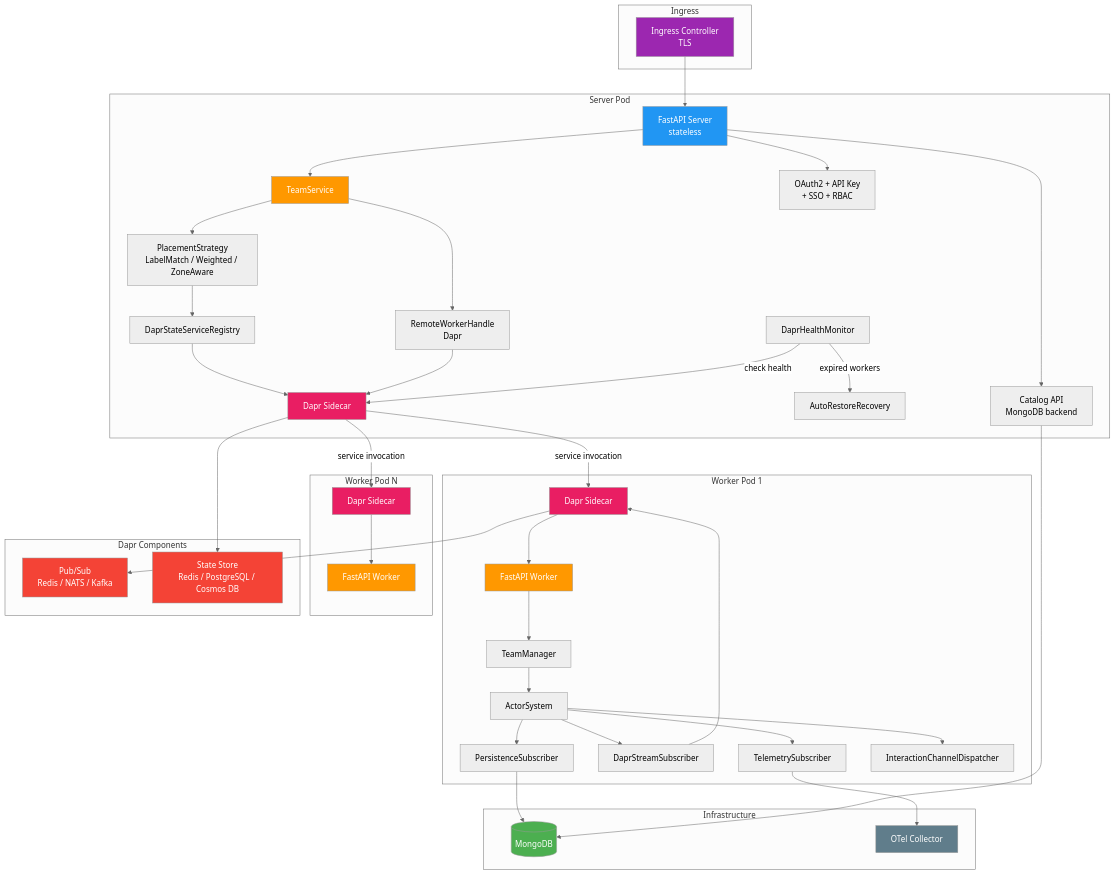
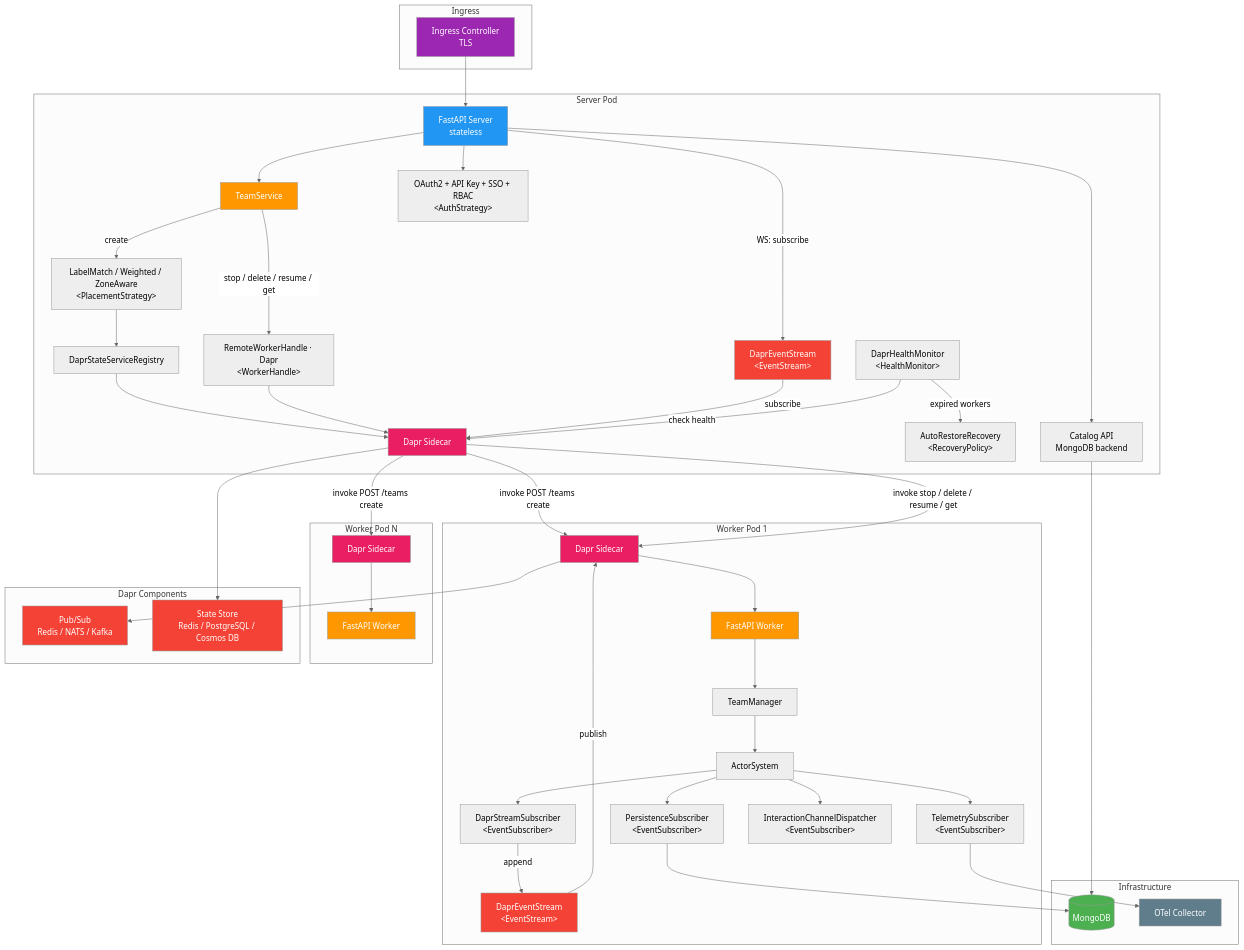
Before and after one commit to b12consulting/akgentic: the third of 3 diagrams in README.md, drawn with Mermaid (neutral theme). The commit also changed other lines of this file and 3 other files, not shown here.

```diff
--- a/README.md
+++ b/README.md
@@ -157,13 +184,14 @@
     subgraph "Server Pod"
         SRV[FastAPI Server<br/>stateless]
         SVC_E[TeamService]
-        AUTH[OAuth2 + API Key<br/>+ SSO + RBAC]
+        AUTH["OAuth2 + API Key + SSO + RBAC<br/>&lt;AuthStrategy&gt;"]
         CAT[Catalog API<br/>MongoDB backend]
-        PS_SRV[PlacementStrategy<br/>LabelMatch / Weighted / ZoneAware]
-        RWH_E[RemoteWorkerHandle<br/>Dapr]
+        PS_SRV["LabelMatch / Weighted / ZoneAware<br/>&lt;PlacementStrategy&gt;"]
+        RWH_E["RemoteWorkerHandle · Dapr<br/>&lt;WorkerHandle&gt;"]
         DSR[DaprStateServiceRegistry]
-        HM_E[DaprHealthMonitor]
-        RP_E[AutoRestoreRecovery]
+        HM_E["DaprHealthMonitor<br/>&lt;HealthMonitor&gt;"]
+        RP_E["AutoRestoreRecovery<br/>&lt;RecoveryPolicy&gt;"]
+        DES_R["DaprEventStream<br/>&lt;EventStream&gt;"]
         SRV_DAPR[Dapr Sidecar]
     end
 
@@ -171,10 +199,11 @@
         W1_API[FastAPI Worker]
         W1_TM[TeamManager]
         W1_AS[ActorSystem]
-        W1_PS[PersistenceSubscriber]
-        W1_DSS[DaprStreamSubscriber]
-        W1_TS[TelemetrySubscriber]
-        W1_ICD[InteractionChannelDispatcher]
+        W1_PS["PersistenceSubscriber<br/>&lt;EventSubscriber&gt;"]
+        W1_DSS["DaprStreamSubscriber<br/>&lt;EventSubscriber&gt;"]
+        W1_DES["DaprEventStream<br/>&lt;EventStream&gt;"]
+        W1_TS["TelemetrySubscriber<br/>&lt;EventSubscriber&gt;"]
+        W1_ICD["InteractionChannelDispatcher<br/>&lt;EventSubscriber&gt;"]
         W1_DAPR[Dapr Sidecar]
     end
 
@@ -189,7 +218,7 @@
     end
 
     subgraph "Dapr Components"
-        PUBSUB[Pub/Sub<br/>Redis / NATS / Kafka]
+        PUBSUB["Pub/Sub<br/>Redis / NATS / Kafka"]
         STATE[State Store<br/>Redis / PostgreSQL / Cosmos DB]
     end
 
@@ -197,14 +226,17 @@
     SRV --> AUTH
     SRV --> SVC_E
     SRV --> CAT
-    SVC_E --> PS_SRV
-    SVC_E --> RWH_E
+    SVC_E -->|create| PS_SRV
+    SVC_E -->|stop / delete / resume / get| RWH_E
     PS_SRV --> DSR
     DSR --> SRV_DAPR
     RWH_E --> SRV_DAPR
-    SRV_DAPR -->|service invocation| W1_DAPR
-    SRV_DAPR -->|service invocation| WN_DAPR
+    SRV_DAPR -->|invoke POST /teams create| W1_DAPR
+    SRV_DAPR -->|invoke POST /teams create| WN_DAPR
+    SRV_DAPR -->|invoke stop / delete / resume / get| W1_DAPR
     SRV_DAPR --> STATE
+    SRV -->|WS: subscribe| DES_R
+    DES_R -->|subscribe| SRV_DAPR
     HM_E -->|check health| SRV_DAPR
     HM_E -->|expired workers| RP_E
     W1_DAPR --> W1_API
@@ -216,7 +248,8 @@
     W1_AS --> W1_TS
     W1_AS --> W1_ICD
     W1_PS --> MONGO
-    W1_DSS --> W1_DAPR
+    W1_DSS -->|append| W1_DES
+    W1_DES -->|publish| W1_DAPR
     W1_DAPR --> PUBSUB
     W1_TS --> OTEL
     CAT --> MONGO
@@ -229,6 +262,8 @@
     style MONGO fill:#4CAF50,color:white
     style PUBSUB fill:#F44336,color:white
     style STATE fill:#F44336,color:white
+    style DES_R fill:#F44336,color:white
+    style W1_DES fill:#F44336,color:white
     style OTEL fill:#607D8B,color:white
     style SRV_DAPR fill:#E91E63,color:white
     style W1_DAPR fill:#E91E63,color:white
```
